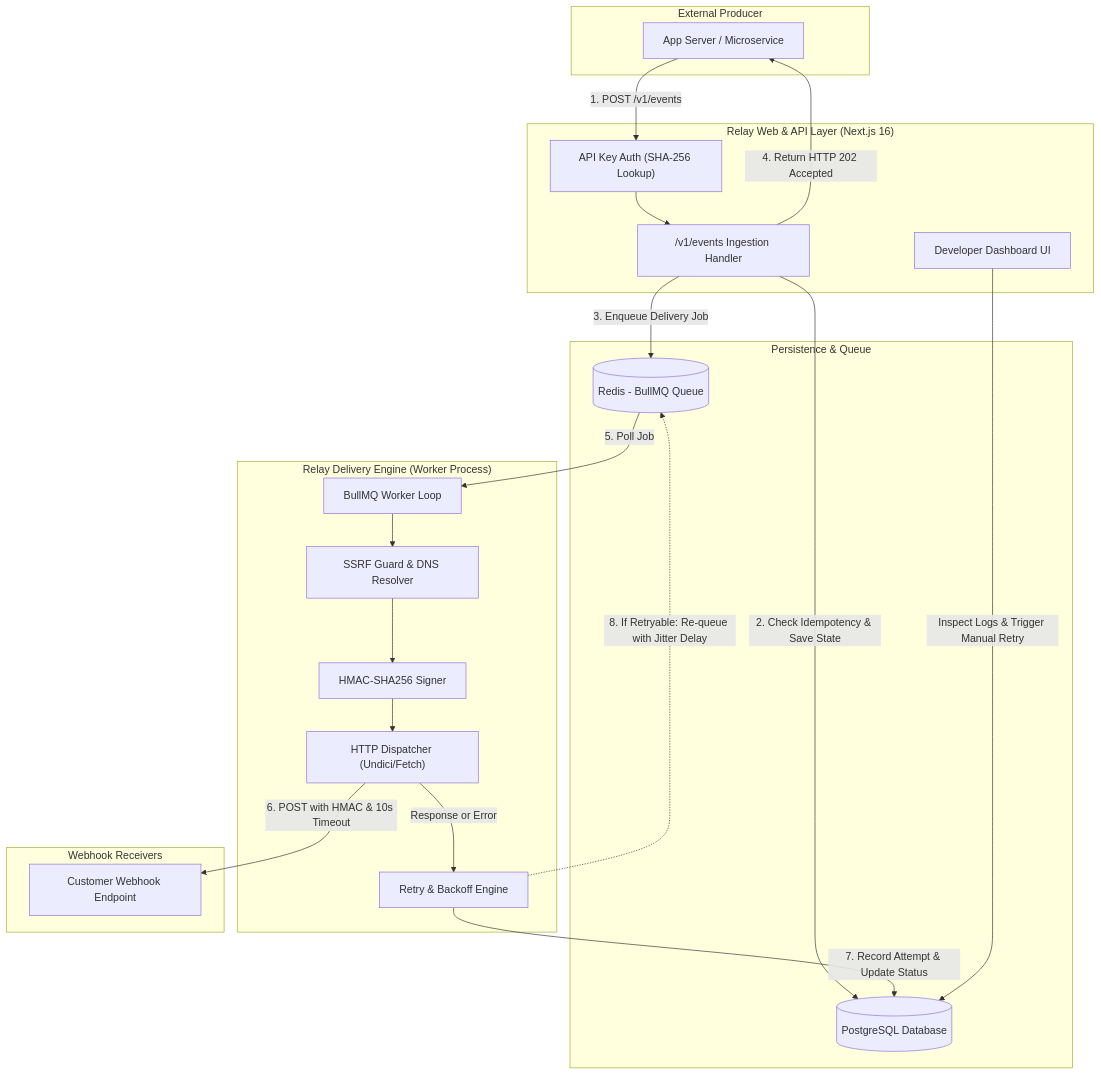
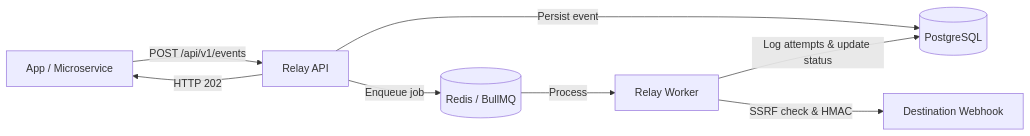
The diagram in README.md (roshancodespace/relay), drawn with Mermaid before and after one commit. The commit also changed other lines of this file, not shown here.

````diff
--- a/README.md
+++ b/README.md
@@ -27,46 +116,10 @@
 ```mermaid
-flowchart TD
-    subgraph Client["External Producer"]
-        App["App Server / Microservice"]
-    end
-
-    subgraph RelayWeb["Relay Web & API Layer (Next.js 16)"]
-        Ingest["/v1/events Ingestion Handler"]
-        AuthMid["API Key Auth (SHA-256 Lookup)"]
-        Dash["Developer Dashboard UI"]
-    end
-
-    subgraph Storage["Persistence & Queue"]
-        PG[(PostgreSQL Database)]
-        Redis[(Redis - BullMQ Queue)]
-    end
-
-    subgraph RelayWorker["Relay Delivery Engine (Worker Process)"]
-        Worker["BullMQ Worker Loop"]
-        SSRF["SSRF Guard & DNS Resolver"]
-        Signer["HMAC-SHA256 Signer"]
-        HTTPClient["HTTP Dispatcher (Undici/Fetch)"]
-        RetryEngine["Retry & Backoff Engine"]
-    end
-
-    subgraph Destination["Webhook Receivers"]
-        Dest["Customer Webhook Endpoint"]
-    end
-
-    App -->|1. POST /v1/events| AuthMid
-    AuthMid --> Ingest
-    Ingest -->|2. Check Idempotency & Save State| PG
-    Ingest -->|3. Enqueue Delivery Job| Redis
-    Ingest -->|4. Return HTTP 202 Accepted| App
-
-    Redis -->|5. Poll Job| Worker
-    Worker --> SSRF
-    SSRF --> Signer
-    Signer --> HTTPClient
-    HTTPClient -->|6. POST with HMAC & 10s Timeout| Dest
-    HTTPClient -->|Response or Error| RetryEngine
-    RetryEngine -->|7. Record Attempt & Update Status| PG
-    RetryEngine -.->|8. If Retryable: Re-queue with Jitter Delay| Redis
-
-    Dash -->|Inspect Logs & Trigger Manual Retry| PG
+flowchart LR
+    App[App / Microservice] -->|POST /api/v1/events| API[Relay API]
+    API -->|Persist event| PG[(PostgreSQL)]
+    API -->|Enqueue job| Redis[(Redis / BullMQ)]
+    API -->|HTTP 202| App
+    Redis -->|Process| Worker[Relay Worker]
+    Worker -->|SSRF check & HMAC| Dest[Destination Webhook]
+    Worker -->|Log attempts & update status| PG
 ```
````
